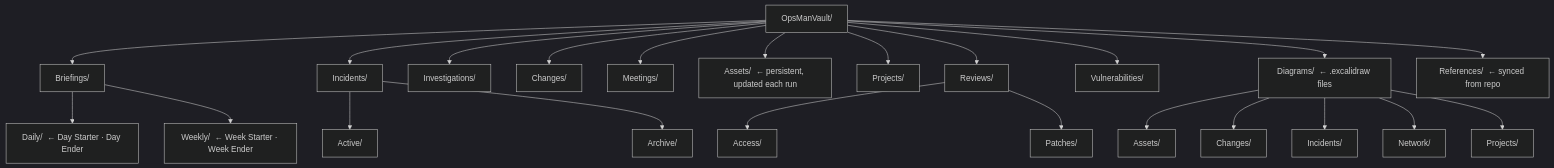
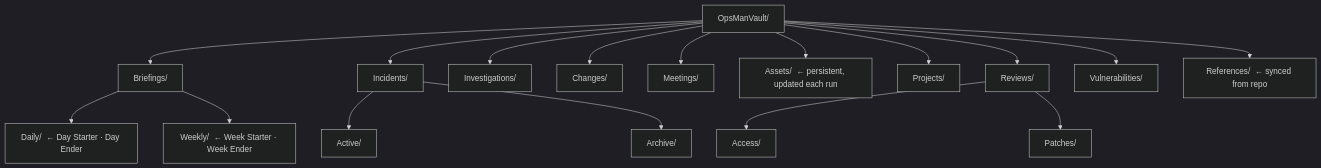
Before and after one commit to aarvens1/SVH-OpsMan: the second of 2 diagrams in README.md, drawn with Mermaid (dark theme). The commit also changed other lines of this file and 5 other files, not shown here.

````diff
--- a/README.md
+++ b/README.md
@@ -156,33 +154,26 @@
 ```mermaid
 graph TD
     ROOT["OpsManVault/"]
 
     ROOT --> BRIEF["Briefings/"]
     BRIEF --> DAILY["Daily/  ← Day Starter · Day Ender"]
     BRIEF --> WEEKLY["Weekly/  ← Week Starter · Week Ender"]
 
     ROOT --> INC["Incidents/"]
     INC --> ACTIVE["Active/"]
     INC --> ARCH["Archive/"]
 
     ROOT --> INV["Investigations/"]
     ROOT --> CHG["Changes/"]
     ROOT --> MEET["Meetings/"]
     ROOT --> ASSETS["Assets/  ← persistent, updated each run"]
     ROOT --> PROJ["Projects/"]
 
     ROOT --> REV["Reviews/"]
     REV --> ACC["Access/"]
     REV --> PAT["Patches/"]
 
     ROOT --> VULN["Vulnerabilities/"]
 
-    ROOT --> DIAG["Diagrams/  ← .excalidraw files"]
-    DIAG --> DA["Assets/"]
-    DIAG --> DC["Changes/"]
-    DIAG --> DI["Incidents/"]
-    DIAG --> DN["Network/"]
-    DIAG --> DP["Projects/"]
-
     ROOT --> REF["References/  ← synced from repo"]
 ```
````
